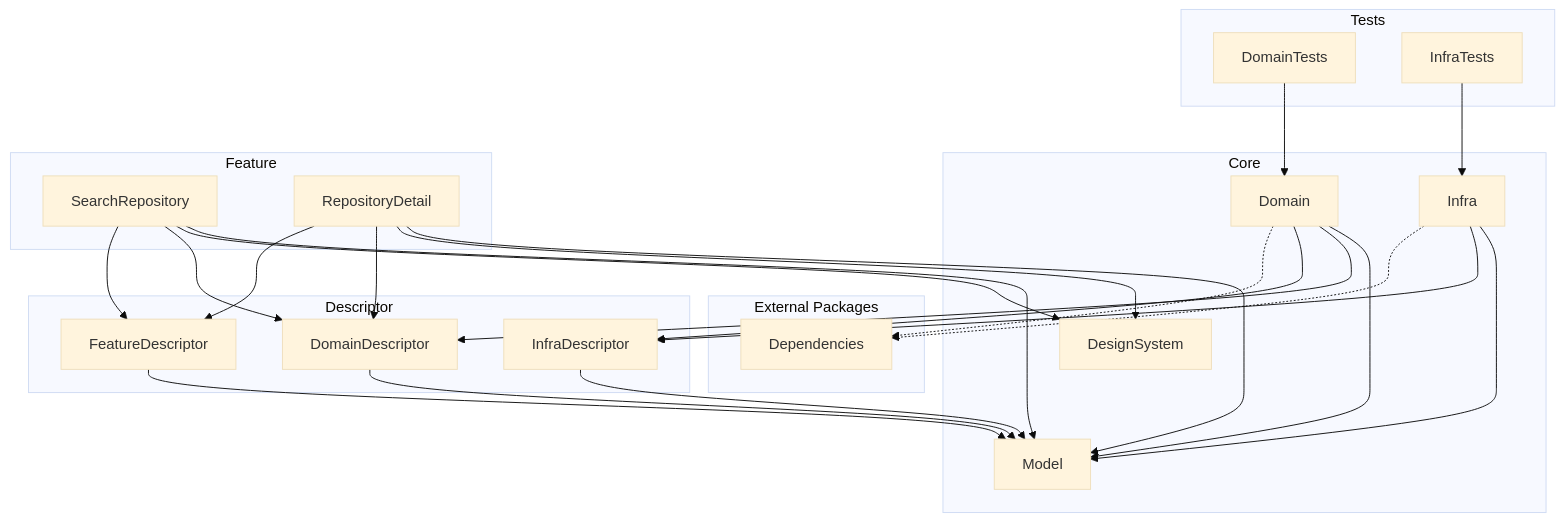
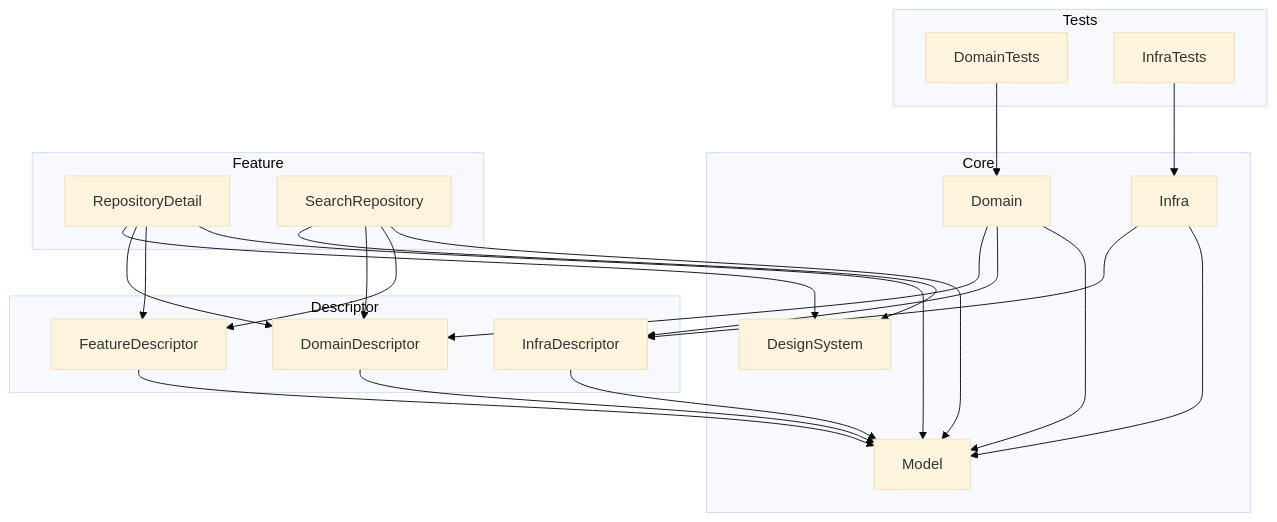
The diagram in CLAUDE.md (shumpei-nagata/Sandbox-MultiModule), drawn with Mermaid (base theme) before and after one commit. The commit also changed other lines of this file and 1 other file, not shown here.

````diff
--- a/CLAUDE.md
+++ b/CLAUDE.md
@@ -34,46 +69,41 @@
 ```mermaid
 graph TD
-  subgraph External["External Packages"]
-    Dependencies["Dependencies"]
-  end
   subgraph Core
-    Model
     DesignSystem
     Domain
     Infra
+    Model
   end
   subgraph Descriptor
     DomainDescriptor
+    FeatureDescriptor
     InfraDescriptor
-    FeatureDescriptor
   end
   subgraph Feature
+    RepositoryDetail
     SearchRepository
-    RepositoryDetail
   end
   subgraph Tests
     DomainTests
     InfraTests
   end
 
-  Domain --> Model
   Domain --> DomainDescriptor
   Domain --> InfraDescriptor
-  Domain -.-> Dependencies
+  Domain --> Model
+  DomainDescriptor --> Model
+  DomainTests --> Domain
+  FeatureDescriptor --> Model
+  Infra --> InfraDescriptor
   Infra --> Model
-  Infra --> InfraDescriptor
-  Infra -.-> Dependencies
-  DomainDescriptor --> Model
-  FeatureDescriptor --> Model
   InfraDescriptor --> Model
-  SearchRepository --> Model
+  InfraTests --> Infra
+  RepositoryDetail --> DesignSystem
+  RepositoryDetail --> DomainDescriptor
+  RepositoryDetail --> FeatureDescriptor
+  RepositoryDetail --> Model
   SearchRepository --> DesignSystem
   SearchRepository --> DomainDescriptor
   SearchRepository --> FeatureDescriptor
-  RepositoryDetail --> Model
-  RepositoryDetail --> DesignSystem
-  RepositoryDetail --> DomainDescriptor
-  RepositoryDetail --> FeatureDescriptor
-  DomainTests --> Domain
-  InfraTests --> Infra
+  SearchRepository --> Model
 ```
````
